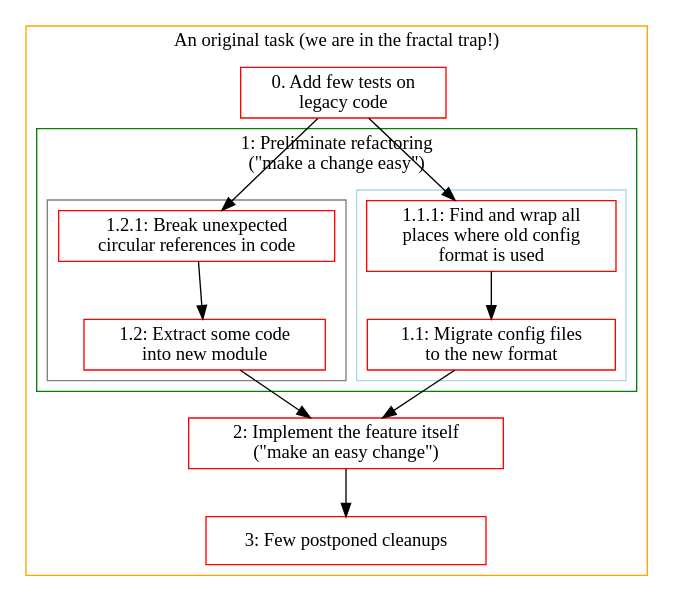
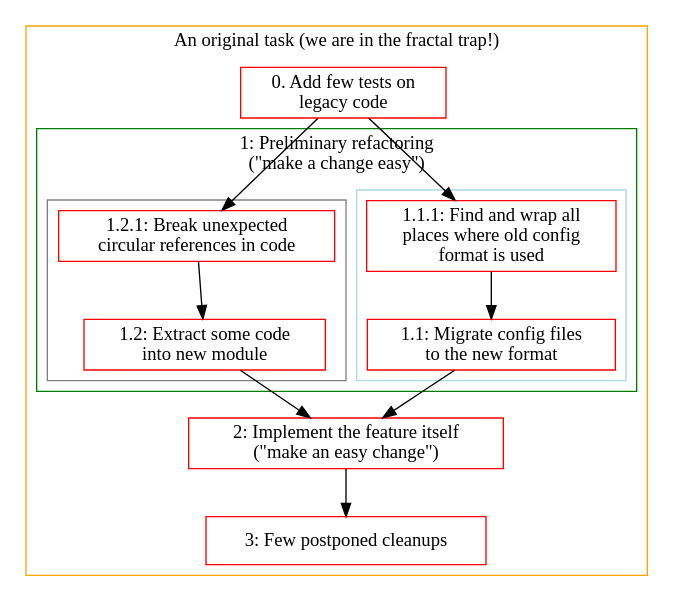
The diagram in src/fractals-vs-lists/4.dot (ahitrin/ahitrin.github.com), drawn with Graphviz before and after one commit. The commit also changed 21 other files, not shown here.

```diff
--- a/src/fractals-vs-lists/4.dot
+++ b/src/fractals-vs-lists/4.dot
@@ -1,44 +1,44 @@
 digraph g {
 node [shape=box, color=red];
 edge [color=black];
 subgraph cluster_0 {
     color=orange;
     label = "An original task (we are in the fractal trap!)";
     subgraph cluster_1 {
         color = green;
-        label="1: Preliminate refactoring
+        label="1: Preliminary refactoring
 (&quot;make a change easy&quot;)";
 
         subgraph cluster_2 {
             label = "";
             color = lightblue;
             6 [label="1.1: Migrate config files
 to the new format"];
             7 [label="1.1.1: Find and wrap all
 places where old config
 format is used"];
             7 -> 6;
         }
 
         subgraph cluster_3 {
             color = grey;
             label = "";
             5 [label="1.2: Extract some code
 into new module"];
             8 [label="1.2.1: Break unexpected
 circular references in code"];
             8 -> 5;
         }
     }
 3 [label="2: Implement the feature itself
 (&quot;make an easy change&quot;)"];
 4 [label="3: Few postponed cleanups"];
 9 [label="0. Add few tests on
 legacy code"];
 3 -> 4;
 5 -> 3;
 6 -> 3;
 9 -> 7;
 9 -> 8;
 }
 }
```
